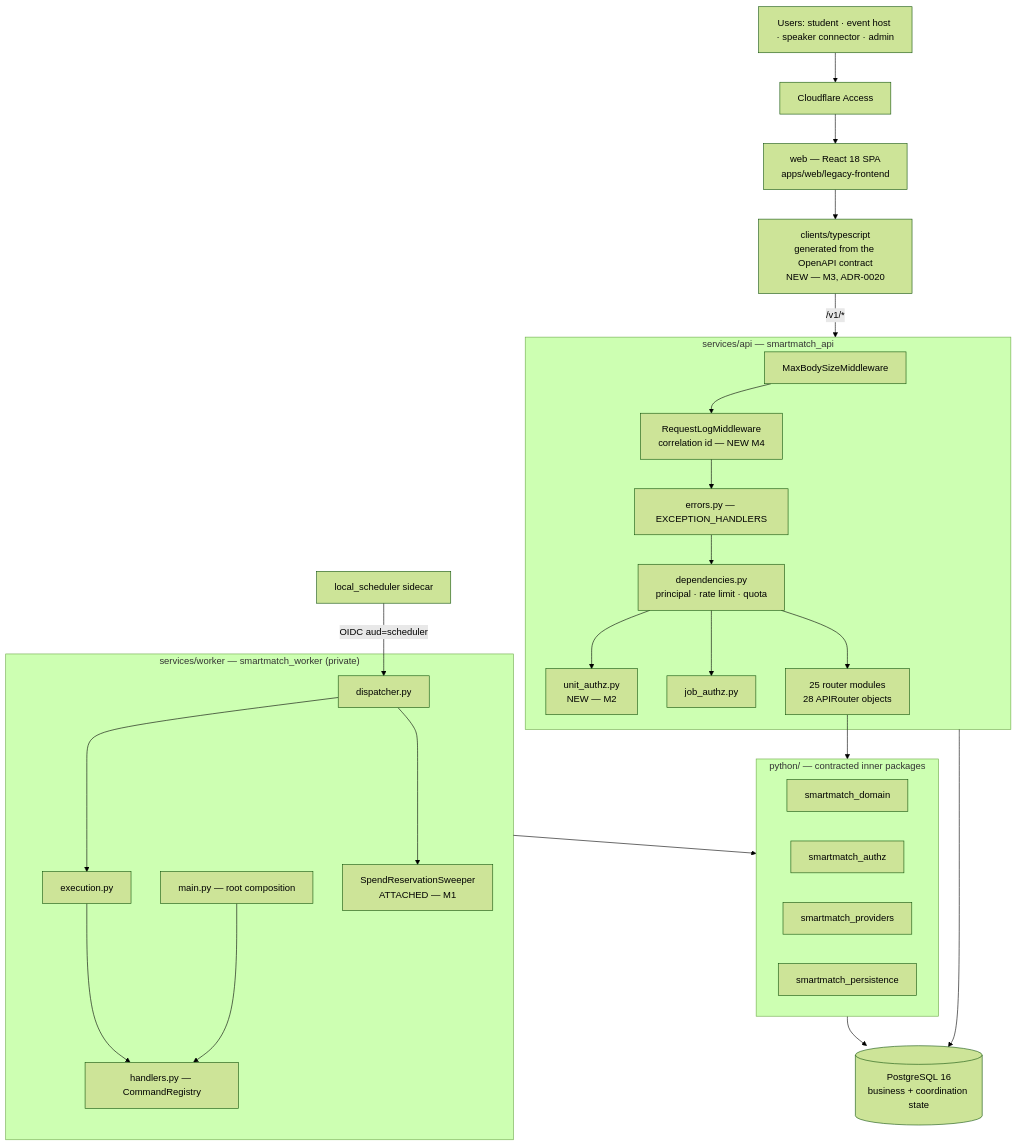
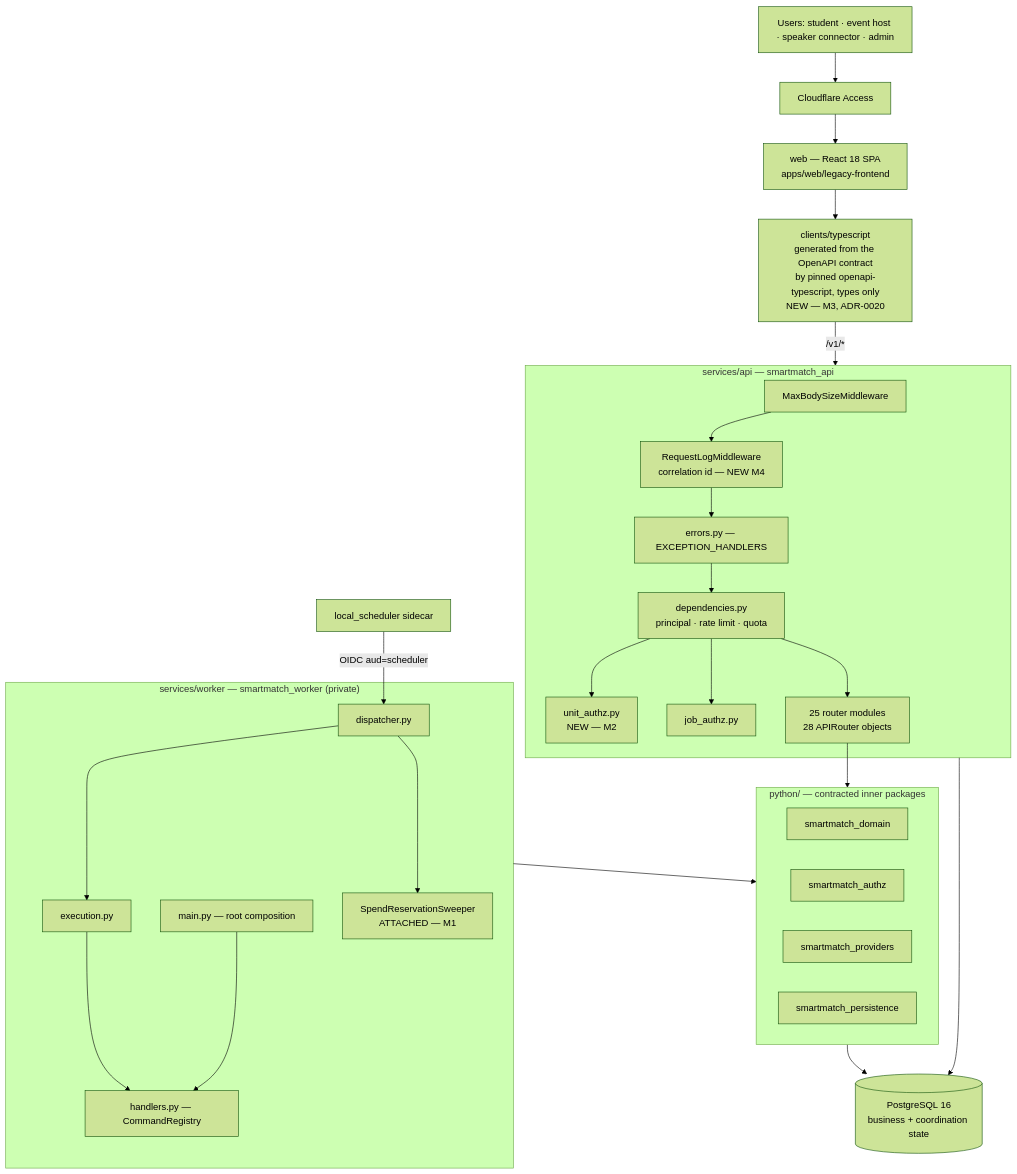
Before and after one commit to IA-Smart-Match/IA-Smart-Match-Revamped: the first of 6 diagrams in docs/architecture/TARGET_ARCHITECTURE.md, drawn with Mermaid (forest theme). The commit also changed other lines of this file and 15 other files, not shown here.

````diff
--- a/docs/architecture/TARGET_ARCHITECTURE.md
+++ b/docs/architecture/TARGET_ARCHITECTURE.md
@@ -59,45 +59,45 @@
 ```mermaid
 flowchart TB
     U["Users: student · event host · speaker connector · admin"]
     CF["Cloudflare Access"]
     WEB["web — React 18 SPA<br/>apps/web/legacy-frontend"]
-    GEN["clients/typescript<br/>generated from the OpenAPI contract<br/>NEW — M3, ADR-0020"]
+    GEN["clients/typescript<br/>generated from the OpenAPI contract<br/>by pinned openapi-typescript, types only<br/>NEW — M3, ADR-0020"]
     subgraph API["services/api — smartmatch_api"]
         MW["MaxBodySizeMiddleware"]
         RL["RequestLogMiddleware<br/>correlation id — NEW M4"]
         EH["errors.py — EXCEPTION_HANDLERS"]
         DEP["dependencies.py<br/>principal · rate limit · quota"]
         UA["unit_authz.py<br/>NEW — M2"]
         JA["job_authz.py"]
         RTR["25 router modules<br/>28 APIRouter objects"]
     end
     subgraph WK["services/worker — smartmatch_worker (private)"]
         DISP["dispatcher.py"]
         EXE["execution.py"]
         REG["handlers.py — CommandRegistry"]
         ROOT["main.py — root composition"]
         SWP["SpendReservationSweeper<br/>ATTACHED — M1"]
     end
     subgraph PY["python/ — contracted inner packages"]
         DOM["smartmatch_domain"]
         AZ["smartmatch_authz"]
         PROV["smartmatch_providers"]
         PERS["smartmatch_persistence"]
     end
     PG[("PostgreSQL 16<br/>business + coordination state")]
     SCHED["local_scheduler sidecar"]
     U --> CF --> WEB
     WEB --> GEN
     GEN -->|"/v1/*"| API
     MW --> RL --> EH --> DEP --> RTR
     DEP --> UA
     DEP --> JA
     RTR --> PY
     SCHED -->|"OIDC aud=scheduler"| DISP
     DISP --> EXE --> REG
     ROOT --> REG
     DISP --> SWP
     WK --> PY
     PY --> PG
     API --> PG
 ```
````
